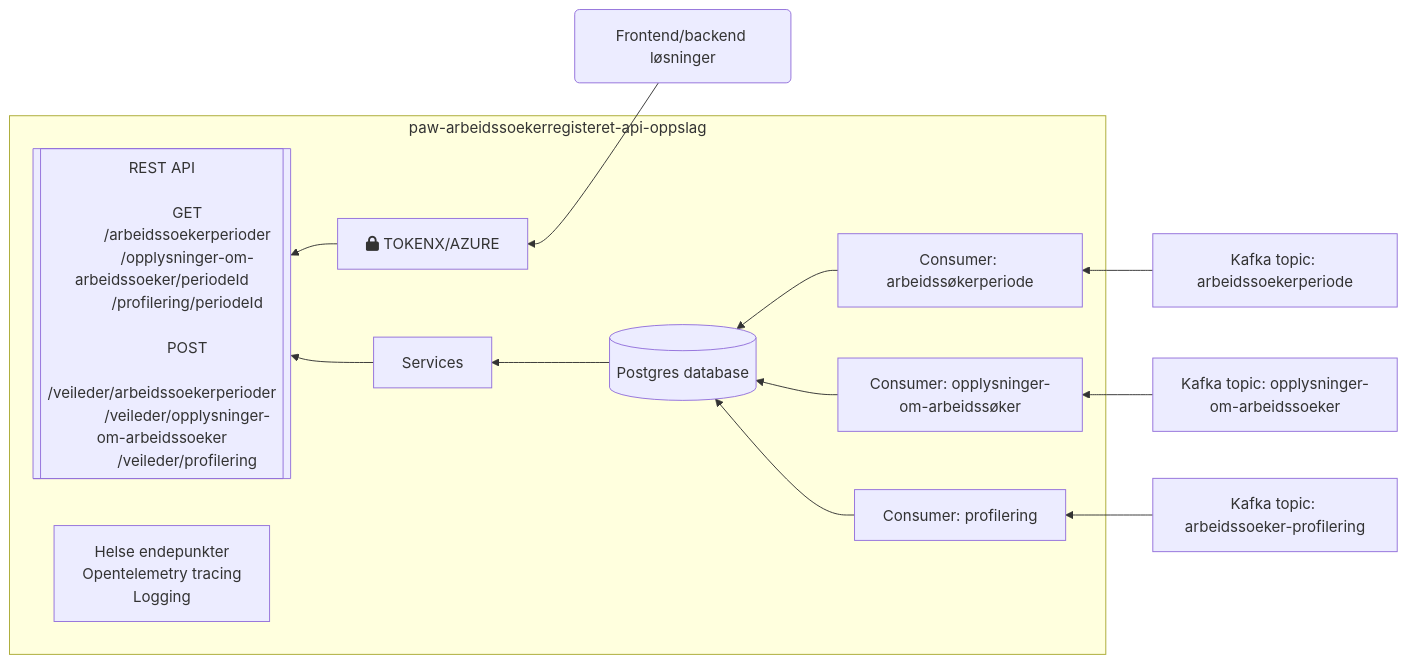
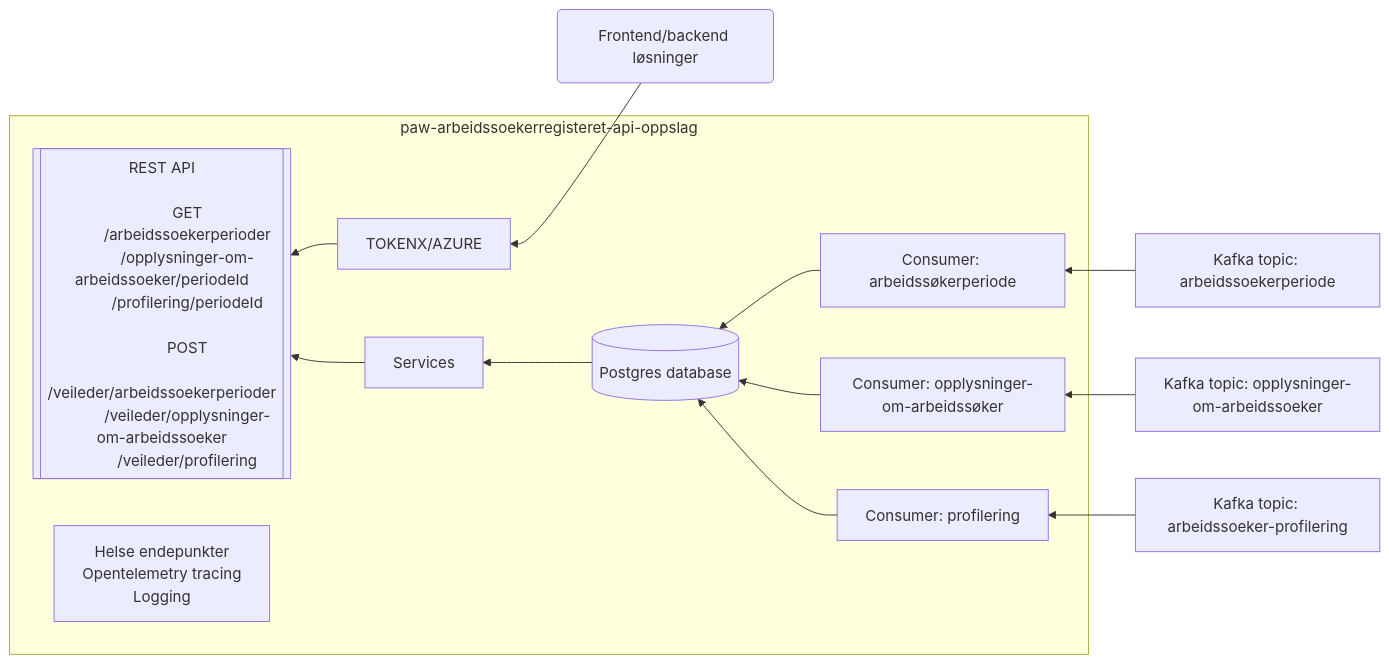
Before and after one commit to navikt/paw-arbeidssoekerregisteret-api-oppslag: the diagram in README.md, drawn with Mermaid.

Commit message:
Fjerner ikon i mermaid chart

````diff
--- a/README.md
+++ b/README.md
@@ -11,43 +11,43 @@
 ```mermaid
 graph RL
     A("Frontend/backend løsninger");
     subgraph paw-arbeidssoekerregisteret-api-oppslag
-        B[fa:fa-lock TOKENX/AZURE];
+        B[TOKENX/AZURE];
         id1[[
             REST API
 
             GET
             /arbeidssoekerperioder
             /opplysninger-om-arbeidssoeker/periodeId
             /profilering/periodeId
 
             POST
             /veileder/arbeidssoekerperioder
             /veileder/opplysninger-om-arbeidssoeker
             /veileder/profilering
         ]];
         id2[
             Helse endepunkter
             Opentelemetry tracing
             Logging
         ];
         D[Services];
         E[(Postgres database)];
         I["Consumer: arbeidssøkerperiode"]; 
         J["Consumer: opplysninger-om-arbeidssøker"];
         K[Consumer: profilering];
     end
     F[Kafka topic: arbeidssoekerperiode];
     G[Kafka topic: opplysninger-om-arbeidssoeker];
     H[Kafka topic: arbeidssoeker-profilering];
     A-->B;
     B-->id1;
     E-->D;
     D-->id1;
     I-->E;
     J-->E;
     K-->E;
     F-->I;
     G-->J;
     H-->K;
 ```
````
